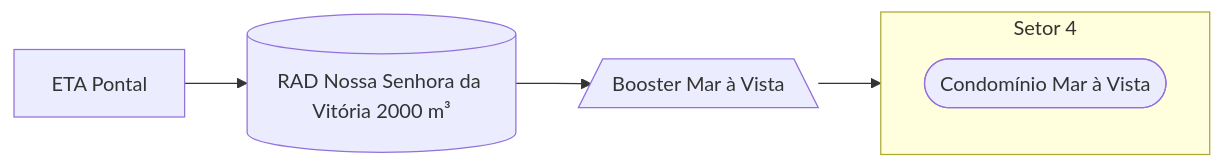
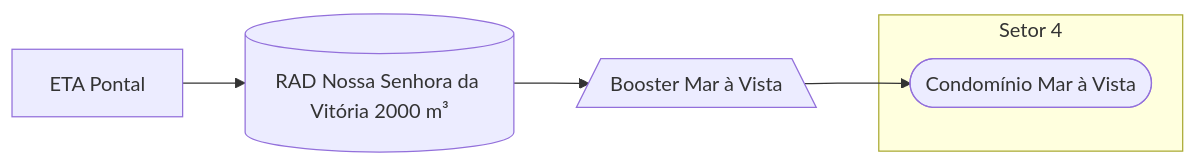
Before and after one commit to iagovls/CCO-Documentation: the diagram in ETA Pontal/Booster Mar à Vista.md, drawn with Mermaid.

Commit message:
Update route from BoosterMarAVista to MarAVista

````diff
--- a/ETA Pontal/Booster Mar à Vista.md
+++ b/ETA Pontal/Booster Mar à Vista.md
@@ -21,17 +21,17 @@
 ```mermaid
 flowchart LR
 ETA["ETA Pontal"]
 RADNSV[(RAD Nossa Senhora da Vitória 2000 m³)]
 BoosterMarAVista[/"Booster Mar à Vista"\]
 MarAVista(["Condomínio Mar à Vista"])
 click MarAVista "https://www.vectorasys.com.br/vectorasys/?inc=jE9ciFZdkq5eiPI/kPRdHL0fUgHpk249UBIgVhQukPRdHPZ5kOC9GERdmLQ0WOUg"
 
  %% Litoral Norte
     ETA --> RADNSV
     RADNSV --> BoosterMarAVista
-    BoosterMarAVista --> Setor4
+    BoosterMarAVista --> MarAVista
 
     subgraph Setor4 [Setor 4]
       MarAVista
     end
 ```
````
